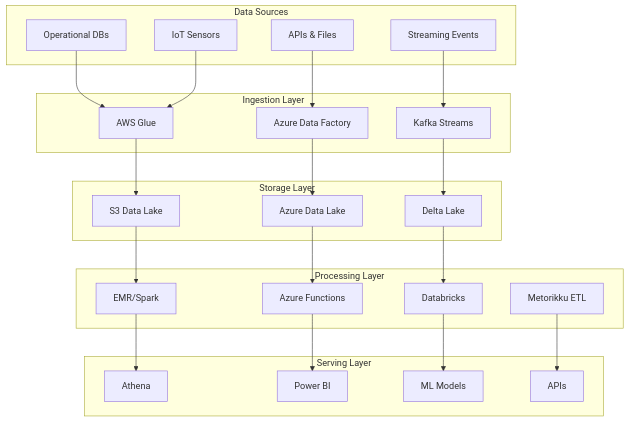
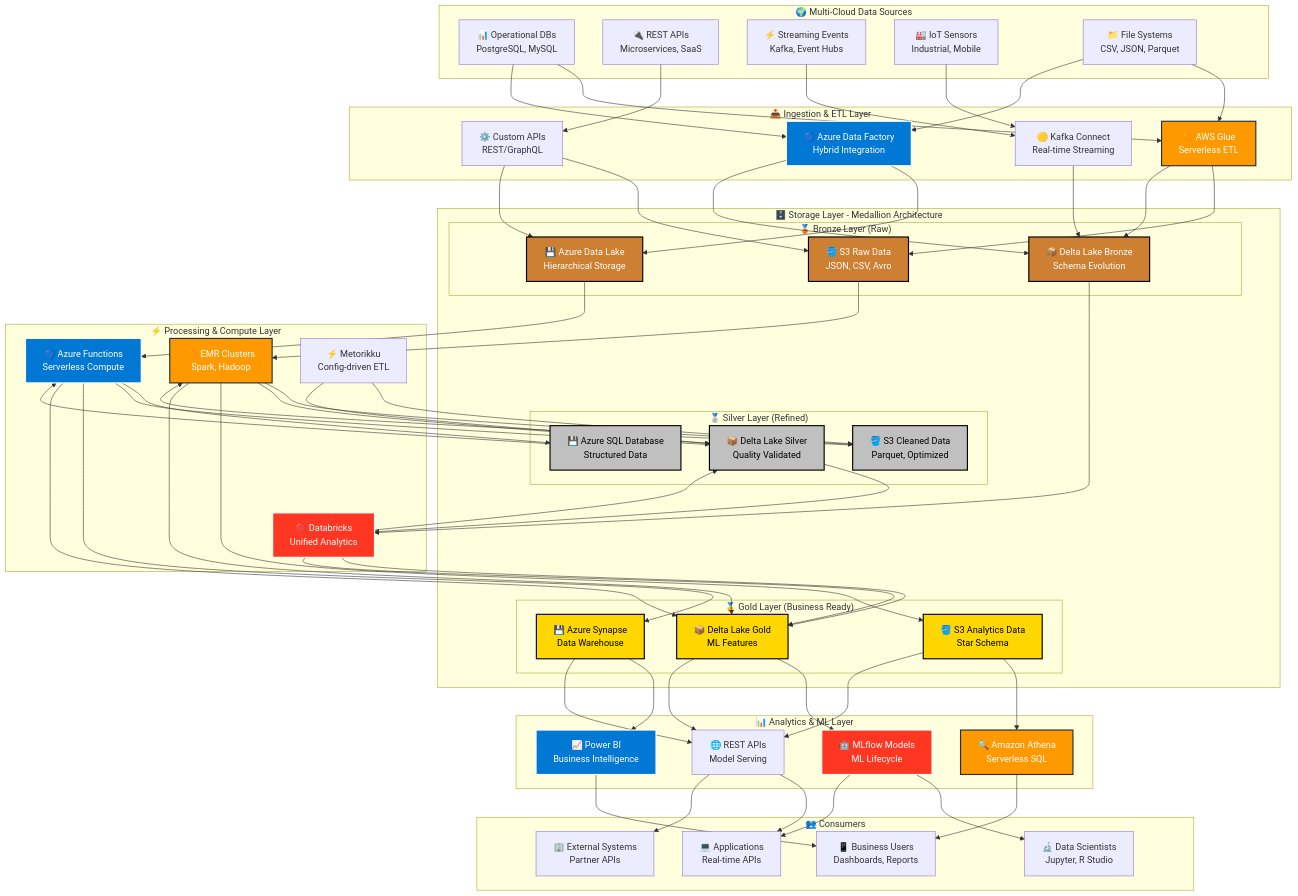
The first of 5 diagrams in README.md (lavoisierkai/BigData-Demos), drawn with Mermaid before and after one commit. The commit also changed other lines of this file and 5 other files, not shown here.

````diff
--- a/README.md
+++ b/README.md
@@ -27,53 +29,133 @@
 ```mermaid
 graph TB
-    subgraph "Data Sources"
-        A[Operational DBs]
-        B[APIs & Files]
-        C[Streaming Events]
-        D[IoT Sensors]
+    subgraph "🌍 Multi-Cloud Data Sources"
+        A[📊 Operational DBs<br/>PostgreSQL, MySQL]
+        B[🔌 REST APIs<br/>Microservices, SaaS]
+        C[⚡ Streaming Events<br/>Kafka, Event Hubs]
+        D[🏭 IoT Sensors<br/>Industrial, Mobile]
+        E[📁 File Systems<br/>CSV, JSON, Parquet]
     end
     
-    subgraph "Ingestion Layer"
-        E[AWS Glue]
-        F[Azure Data Factory]
-        G[Kafka Streams]
+    subgraph "📥 Ingestion & ETL Layer"
+        F[🔶 AWS Glue<br/>Serverless ETL]
+        G[🔵 Azure Data Factory<br/>Hybrid Integration]
+        H[🟡 Kafka Connect<br/>Real-time Streaming]
+        I[⚙️ Custom APIs<br/>REST/GraphQL]
     end
     
-    subgraph "Storage Layer"
-        H[S3 Data Lake]
-        I[Azure Data Lake]
-        J[Delta Lake]
+    subgraph "🗄️ Storage Layer - Medallion Architecture"
+        subgraph "🥉 Bronze Layer (Raw)"
+            J[🪣 S3 Raw Data<br/>JSON, CSV, Avro]
+            K[💾 Azure Data Lake<br/>Hierarchical Storage]
+            L[📦 Delta Lake Bronze<br/>Schema Evolution]
+        end
+        
+        subgraph "🥈 Silver Layer (Refined)"
+            M[🪣 S3 Cleaned Data<br/>Parquet, Optimized]
+            N[💾 Azure SQL Database<br/>Structured Data]
+            O[📦 Delta Lake Silver<br/>Quality Validated]
+        end
+        
+        subgraph "🥇 Gold Layer (Business Ready)"
+            P[🪣 S3 Analytics Data<br/>Star Schema]
+            Q[💾 Azure Synapse<br/>Data Warehouse]
+            R[📦 Delta Lake Gold<br/>ML Features]
+        end
     end
     
-    subgraph "Processing Layer"
-        K[EMR/Spark]
-        L[Azure Functions]
-        M[Databricks]
-        N[Metorikku ETL]
+    subgraph "⚡ Processing & Compute Layer"
+        S[🔶 EMR Clusters<br/>Spark, Hadoop]
+        T[🔵 Azure Functions<br/>Serverless Compute]
+        U[🔴 Databricks<br/>Unified Analytics]
+        V[⚡ Metorikku<br/>Config-driven ETL]
     end
     
-    subgraph "Serving Layer"
-        O[Athena]
-        P[Power BI]
-        Q[ML Models]
-        R[APIs]
+    subgraph "📊 Analytics & ML Layer"
+        W[🔍 Amazon Athena<br/>Serverless SQL]
+        X[📈 Power BI<br/>Business Intelligence]
+        Y[🤖 MLflow Models<br/>ML Lifecycle]
+        Z[🌐 REST APIs<br/>Model Serving]
     end
     
-    A --> E
-    B --> F
-    C --> G
-    D --> E
+    subgraph "👥 Consumers"
+        AA[📱 Business Users<br/>Dashboards, Reports]
+        BB[🔬 Data Scientists<br/>Jupyter, R Studio]
+        CC[💻 Applications<br/>Real-time APIs]
+        DD[🏢 External Systems<br/>Partner APIs]
+    end
+
+    %% Data Sources to Ingestion
+    A --> F
+    A --> G
+    B --> I
+    C --> H
+    D --> H
+    E --> F
+    E --> G
     
-    E --> H
-    F --> I
-    G --> J
+    %% Ingestion to Bronze Storage
+    F --> J
+    F --> L
+    G --> K
+    G --> L
+    H --> L
+    I --> J
+    I --> K
     
-    H --> K
-    I --> L
-    J --> M
+    %% Bronze to Silver Processing
+    J --> S
+    K --> T
+    L --> U
     
-    K --> O
-    L --> P
-    M --> Q
-    N --> R
+    %% Silver Processing and Storage
+    S --> M
+    S --> O
+    T --> N
+    T --> O
+    U --> O
+    U --> R
+    V --> M
+    V --> O
+    
+    %% Silver to Gold Processing
+    M --> S
+    N --> T
+    O --> U
+    
+    %% Gold Storage
+    S --> P
+    S --> R
+    T --> Q
+    T --> R
+    U --> R
+    
+    %% Analytics and ML
+    P --> W
+    Q --> X
+    R --> Y
+    P --> Z
+    Q --> Z
+    R --> Z
+    
+    %% Serving to Consumers
+    W --> AA
+    X --> AA
+    Y --> BB
+    Y --> CC
+    Z --> CC
+    Z --> DD
+
+    classDef aws fill:#ff9900,stroke:#232f3e,stroke-width:2px,color:#fff
+    classDef azure fill:#0078d4,stroke:#fff,stroke-width:2px,color:#fff
+    classDef databricks fill:#ff3621,stroke:#fff,stroke-width:2px,color:#fff
+    classDef bronze fill:#cd7f32,stroke:#000,stroke-width:2px,color:#fff
+    classDef silver fill:#c0c0c0,stroke:#000,stroke-width:2px,color:#000
+    classDef gold fill:#ffd700,stroke:#000,stroke-width:2px,color:#000
+    
+    class F,J,M,P,S,W aws
+    class G,K,N,Q,T,X azure
+    class L,O,R,U,Y databricks
+    class J,K,L bronze
+    class M,N,O silver
+    class P,Q,R gold
 ```
````
